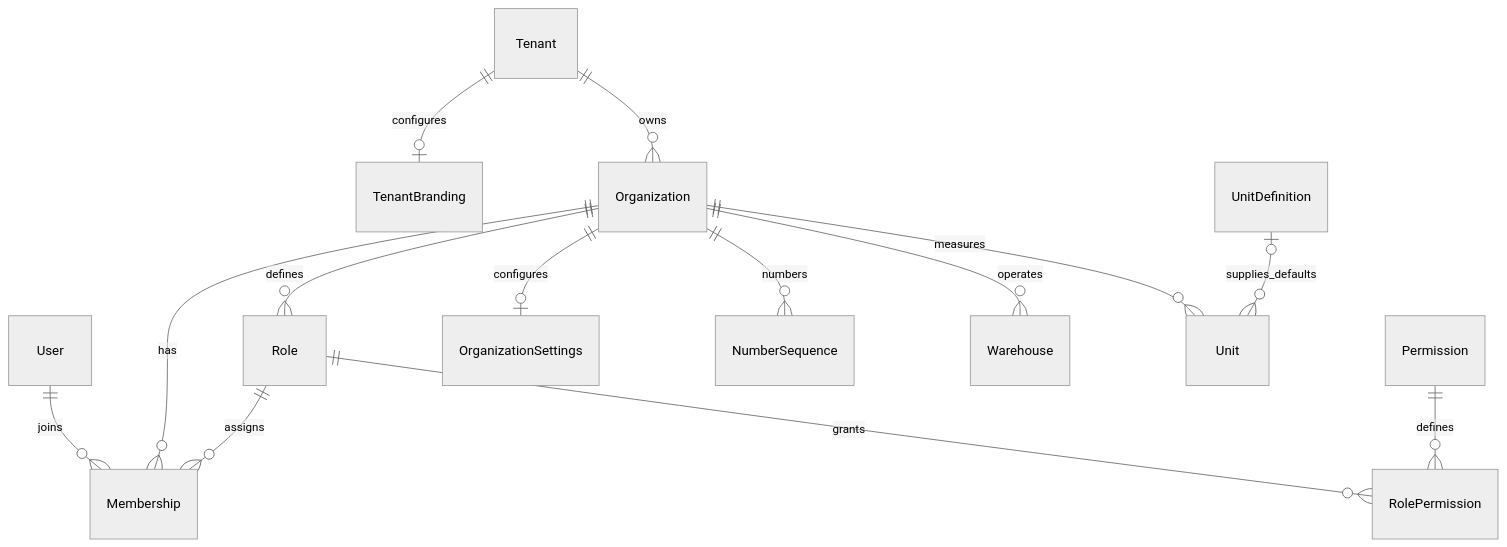
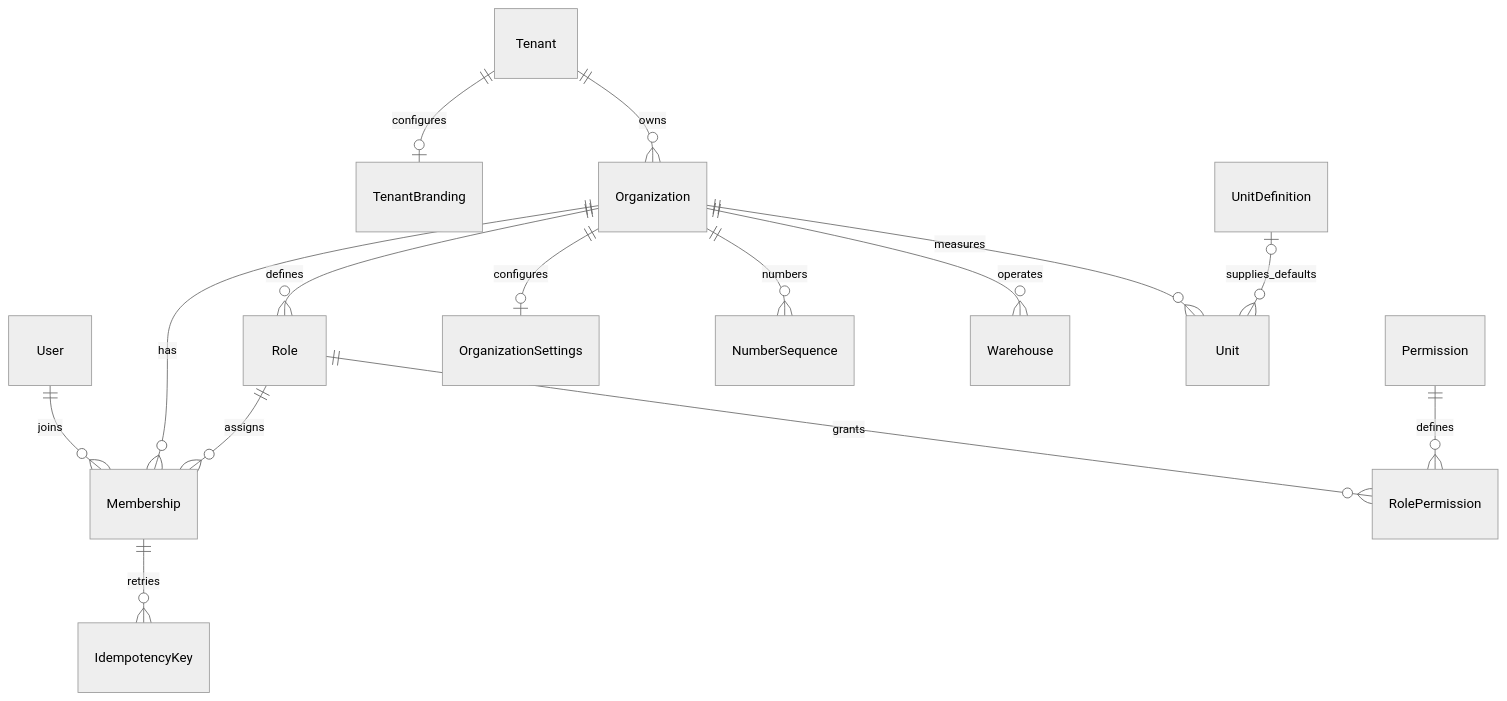
Before and after one commit to zeryabkhan91/f_application: the first of 4 diagrams in docs/architecture/erd.md, drawn with Mermaid (neutral theme). The commit also changed other lines of this file and 48 other files, not shown here.

Commit message:
Schema complete and API foundation complete

````diff
--- a/docs/architecture/erd.md
+++ b/docs/architecture/erd.md
@@ -8,16 +8,17 @@
 ```mermaid
 erDiagram
   Tenant ||--o| TenantBranding : configures
   Tenant ||--o{ Organization : owns
   User ||--o{ Membership : joins
   Organization ||--o{ Membership : has
   Organization ||--o{ Role : defines
   Role ||--o{ Membership : assigns
   Role ||--o{ RolePermission : grants
   Permission ||--o{ RolePermission : defines
   Organization ||--o| OrganizationSettings : configures
   Organization ||--o{ NumberSequence : numbers
   Organization ||--o{ Warehouse : operates
   Organization ||--o{ Unit : measures
   UnitDefinition |o--o{ Unit : supplies_defaults
+  Membership ||--o{ IdempotencyKey : retries
 ```
````
